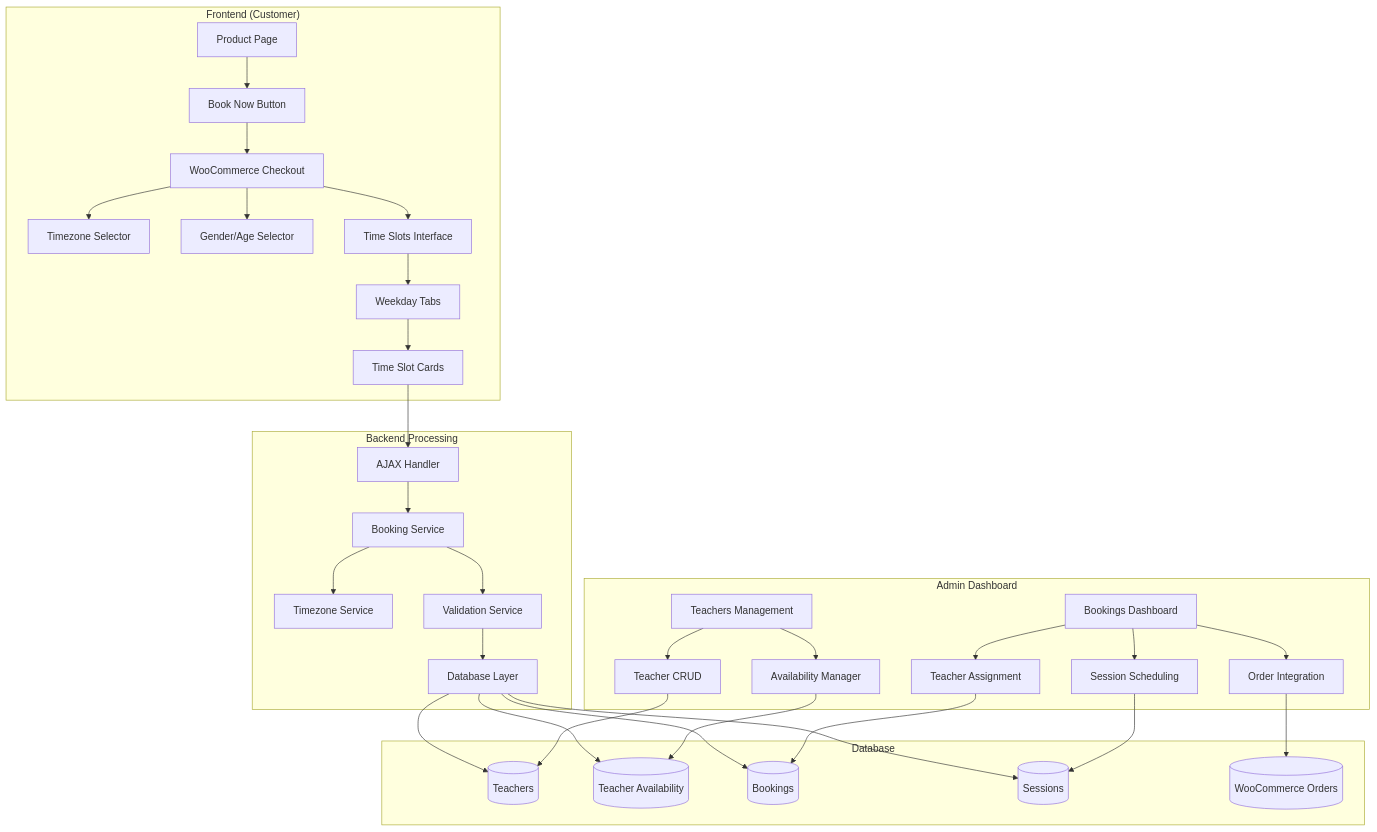
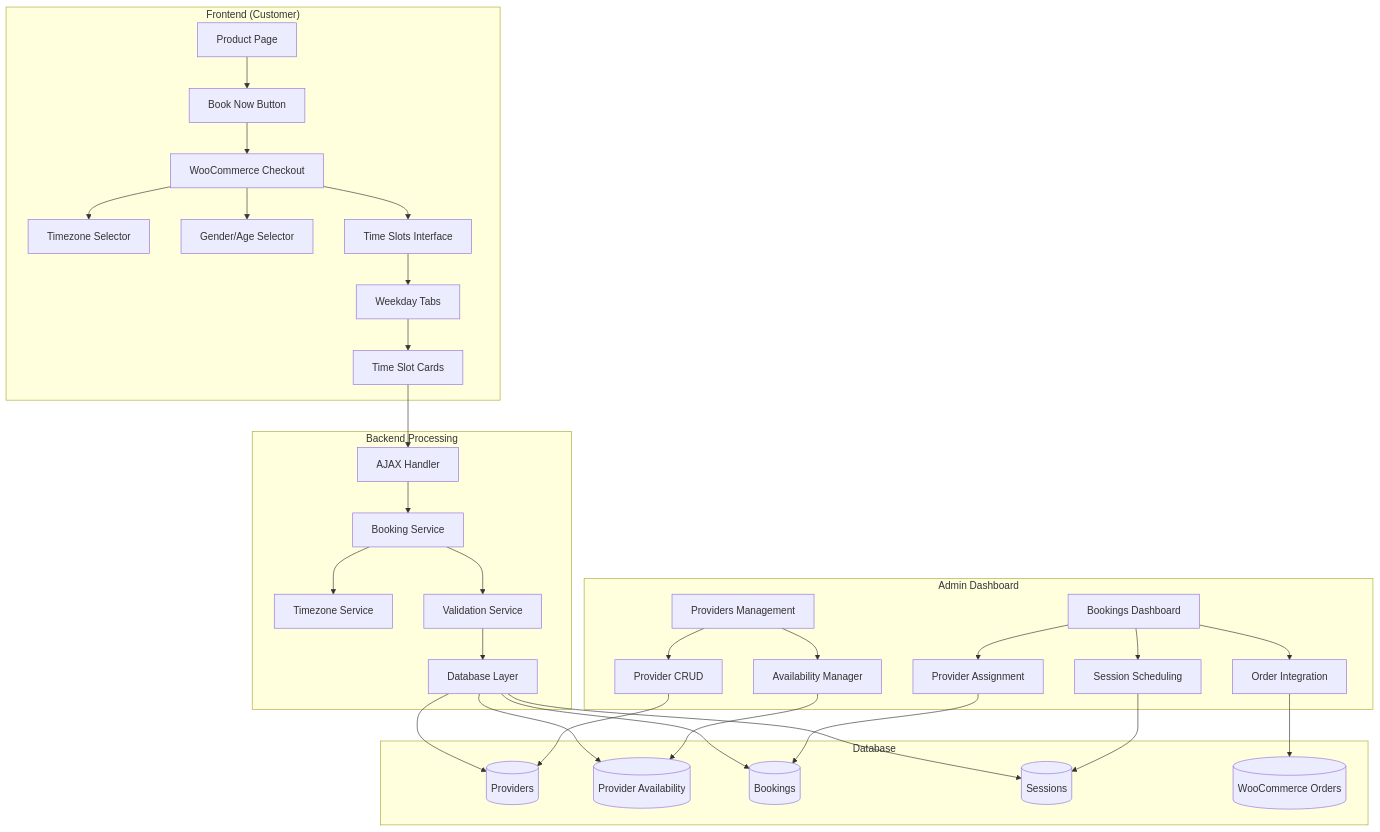
Before and after one commit to MohamedHamdy1984/booking-course-plugin: the diagram in project-plan.md, drawn with Mermaid. The commit also changed other lines of this file and 15 other files, not shown here.

First line of the commit message:
Refactor booking plugin to replace Teacher class with Provider class

````diff
--- a/project-plan.md
+++ b/project-plan.md
@@ -371,46 +371,46 @@
 ```mermaid
 graph TB
     subgraph "Frontend (Customer)"
         A[Product Page] --> B[Book Now Button]
         B --> C[WooCommerce Checkout]
         C --> D[Timezone Selector]
         C --> E[Gender/Age Selector]
         C --> F[Time Slots Interface]
         F --> G[Weekday Tabs]
         G --> H[Time Slot Cards]
     end
     
     subgraph "Backend Processing"
         I[AJAX Handler] --> J[Booking Service]
         J --> K[Timezone Service]
         J --> L[Validation Service]
         L --> M[Database Layer]
     end
     
     subgraph "Admin Dashboard"
-        N[Teachers Management] --> O[Teacher CRUD]
+        N[Providers Management] --> O[Provider CRUD]
         N --> P[Availability Manager]
         Q[Bookings Dashboard] --> R[Order Integration]
-        Q --> S[Teacher Assignment]
+        Q --> S[Provider Assignment]
         Q --> T[Session Scheduling]
     end
     
     subgraph "Database"
-        U[(Teachers)]
-        V[(Teacher Availability)]
+        U[(Providers)]
+        V[(Provider Availability)]
         W[(Bookings)]
         X[(Sessions)]
         Y[(WooCommerce Orders)]
     end
     
     H --> I
     M --> U
     M --> V
     M --> W
     M --> X
     R --> Y
     O --> U
     P --> V
     S --> W
     T --> X
 ```
````
